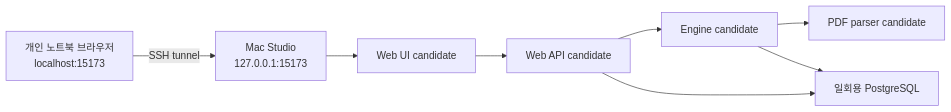
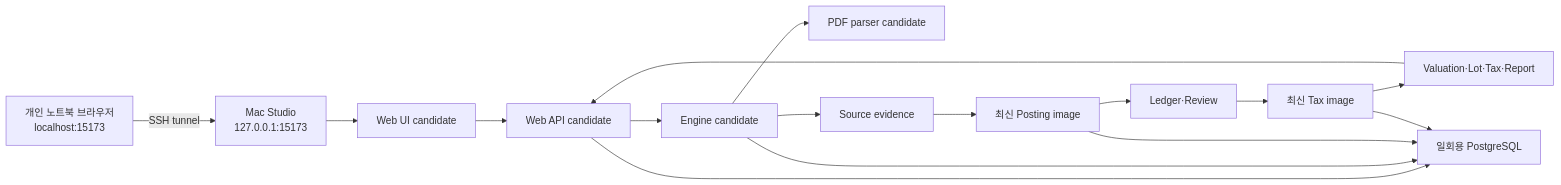
Before and after one commit to BackwardLabs/daejang: the third of 5 diagrams in docs/local-dev-e2e.md, drawn with Mermaid. The commit also changed other lines of this file and 3 other files, not shown here.

Commit message:
test(e2e): connect posting tax and report flow

````diff
--- a/docs/local-dev-e2e.md
+++ b/docs/local-dev-e2e.md
@@ -156,10 +170,18 @@
 ```mermaid
 flowchart LR
     L["개인 노트북 브라우저\nlocalhost:15173"] -->|"SSH tunnel"| M["Mac Studio\n127.0.0.1:15173"]
     M --> W["Web UI candidate"]
     W --> A["Web API candidate"]
     A --> E["Engine candidate"]
     E --> P["PDF parser candidate"]
-    A --> D["일회용 PostgreSQL"]
-    E --> D
+    E --> S["Source evidence"]
+    S --> O["최신 Posting image"]
+    O --> D["Ledger·Review"]
+    D --> T["최신 Tax image"]
+    T --> R["Valuation·Lot·Tax·Report"]
+    A --> DB["일회용 PostgreSQL"]
+    E --> DB
+    O --> DB
+    T --> DB
+    R --> A
 ```
````
